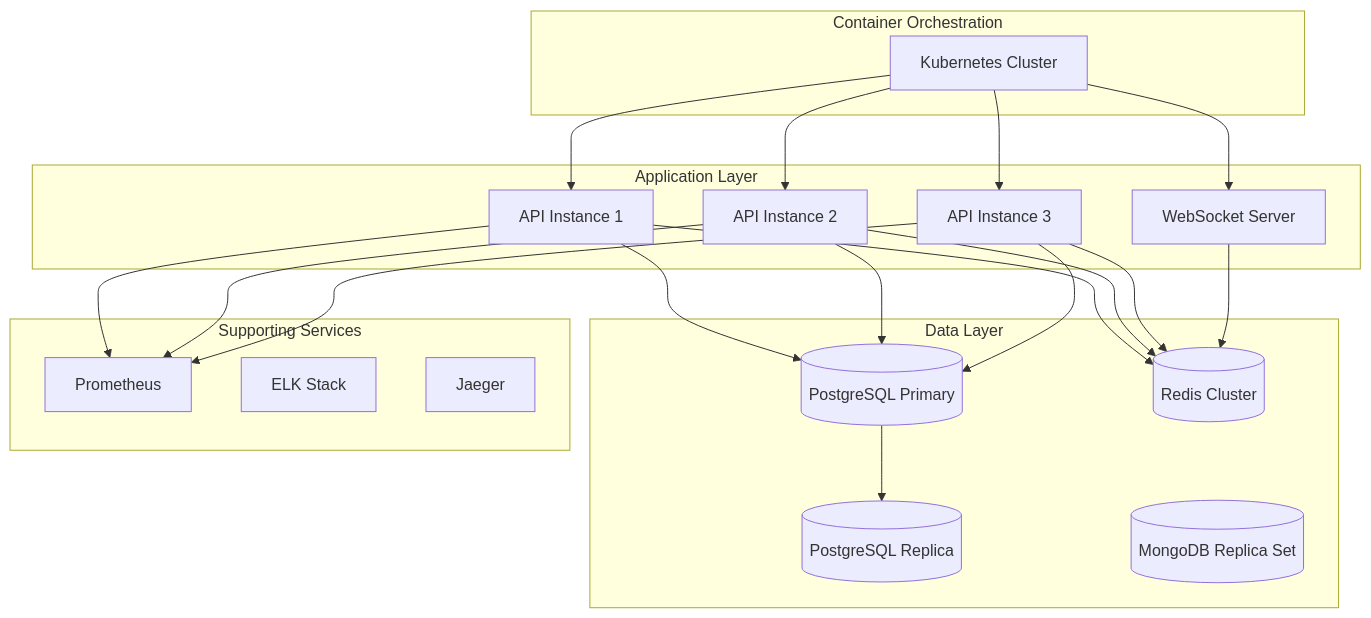
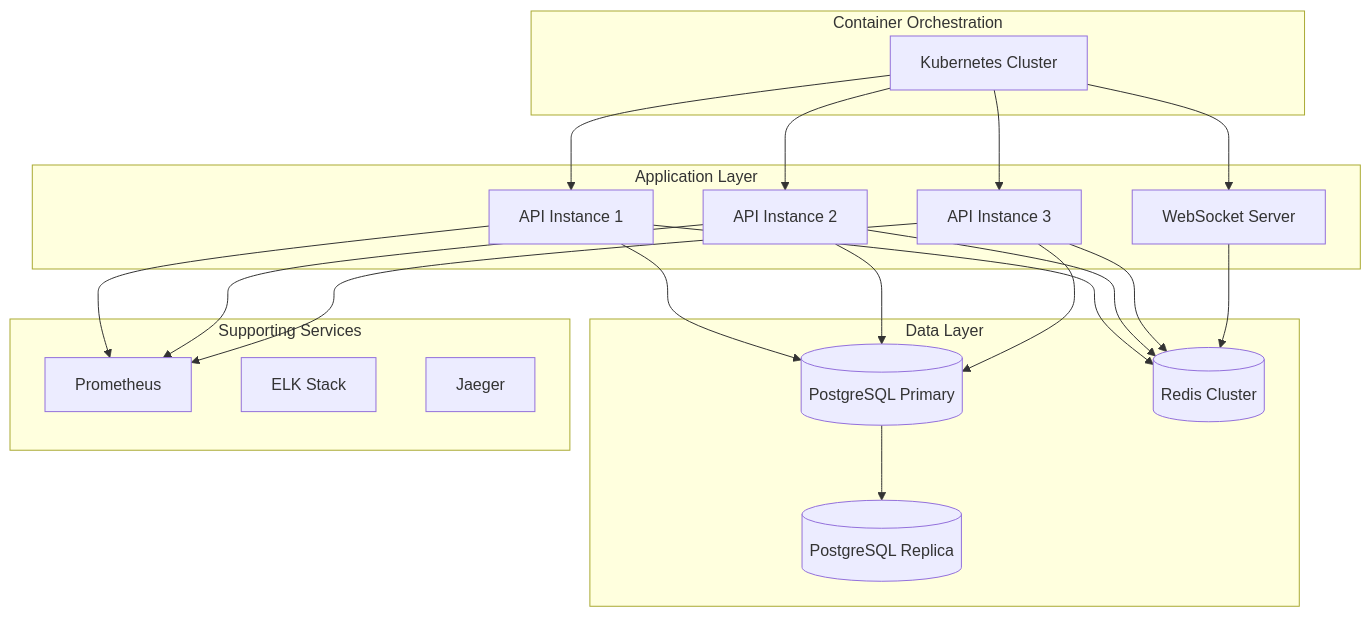
The fourth of 6 diagrams in ARCHITECTURE.md (jairosoft-com/template-expressjs-typescript-mongodb-pgsql-2025), drawn with Mermaid before and after one commit. The commit also changed other lines of this file and 6 other files, not shown here.

First line of the commit message:
feat: align specification document with PostgreSQL-only architecture

````diff
--- a/ARCHITECTURE.md
+++ b/ARCHITECTURE.md
@@ -312,45 +312,44 @@
 ```mermaid
 graph TB
     subgraph "Container Orchestration"
         K8S[Kubernetes Cluster]
     end
     
     subgraph "Application Layer"
         API1[API Instance 1]
         API2[API Instance 2]
         API3[API Instance 3]
         WS1[WebSocket Server]
     end
     
     subgraph "Data Layer"
         PG[(PostgreSQL Primary)]
         PGR[(PostgreSQL Replica)]
         REDIS[(Redis Cluster)]
-        MONGO[(MongoDB Replica Set)]
     end
     
     subgraph "Supporting Services"
         METRICS[Prometheus]
         LOGS[ELK Stack]
         TRACE[Jaeger]
     end
     
     K8S --> API1
     K8S --> API2
     K8S --> API3
     K8S --> WS1
     
     API1 --> PG
     API2 --> PG
     API3 --> PG
     PG --> PGR
     
     API1 --> REDIS
     API2 --> REDIS
     API3 --> REDIS
     WS1 --> REDIS
     
     API1 --> METRICS
     API2 --> METRICS
     API3 --> METRICS
 ```
````
